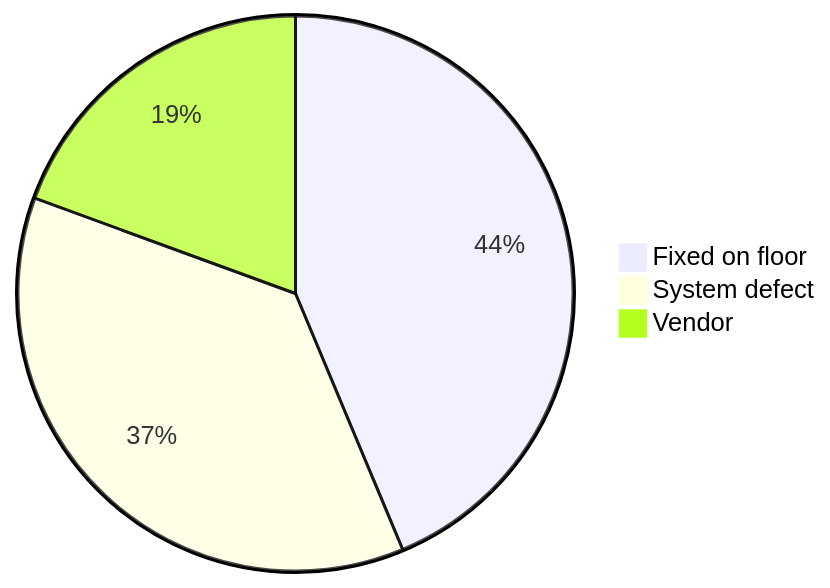
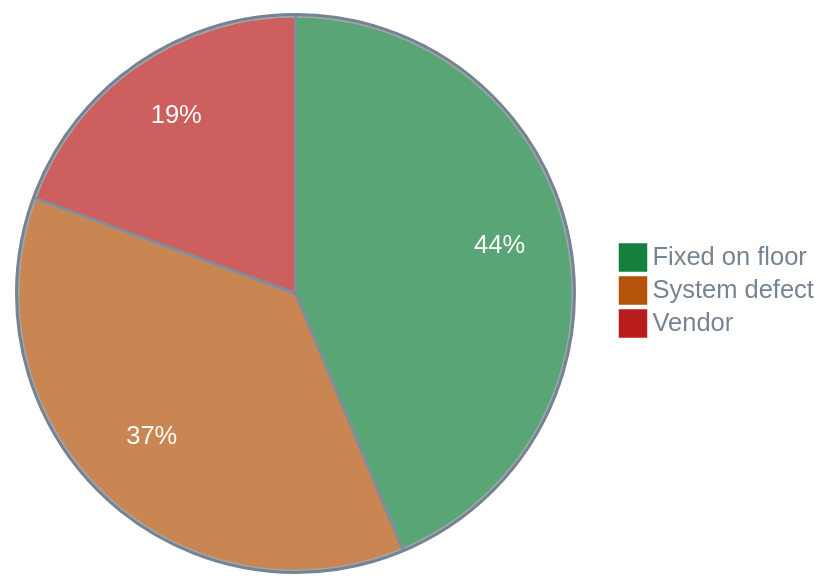
One commit to alex-yanchenko/skaldr changed the third of 4 diagrams in tests/golden/example.markdown/page.md. Above: the diagram before and after it, drawn with Mermaid. The commit also changed other lines of this file and 18 other files, not shown here.

First line of the commit message:
feat(export): colour github mermaid charts, fold collapsed sections and alert toned grid cells (#235)

````diff
--- a/tests/golden/example.markdown/page.md
+++ b/tests/golden/example.markdown/page.md
@@ -345,6 +349,7 @@
 ```mermaid
+%%{init: {"theme": "base", "themeVariables": {"pie1": "#15803d", "pie2": "#b45309", "pie3": "#b91c1c", "pieTitleTextColor": "#768390", "pieLegendTextColor": "#768390", "pieSectionTextColor": "#ffffff", "pieStrokeColor": "#768390", "pieOuterStrokeColor": "#768390"}}}%%
 pie
     "Fixed on floor" : 900
     "System defect" : 760
     "Vendor" : 400
 ```
````
